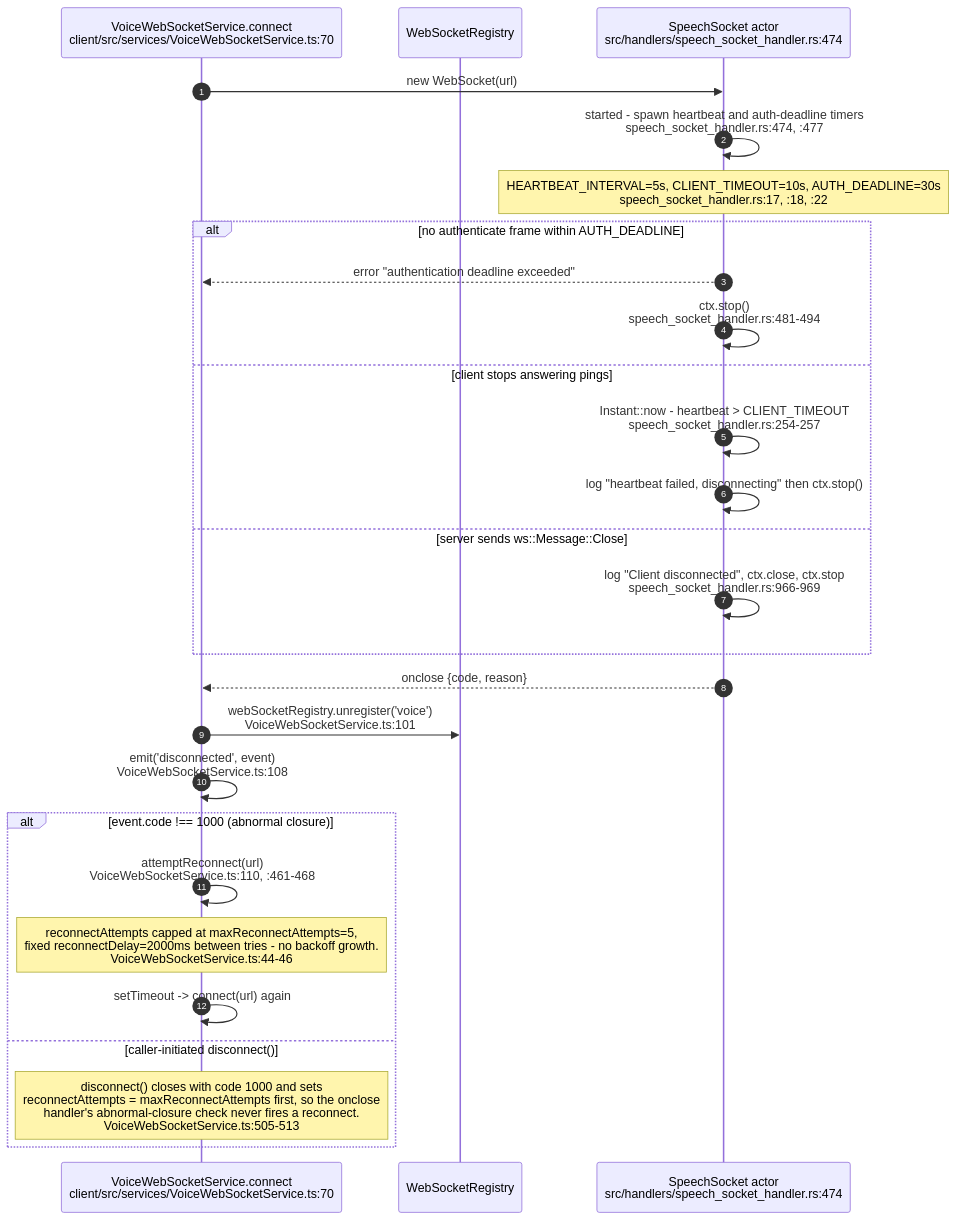
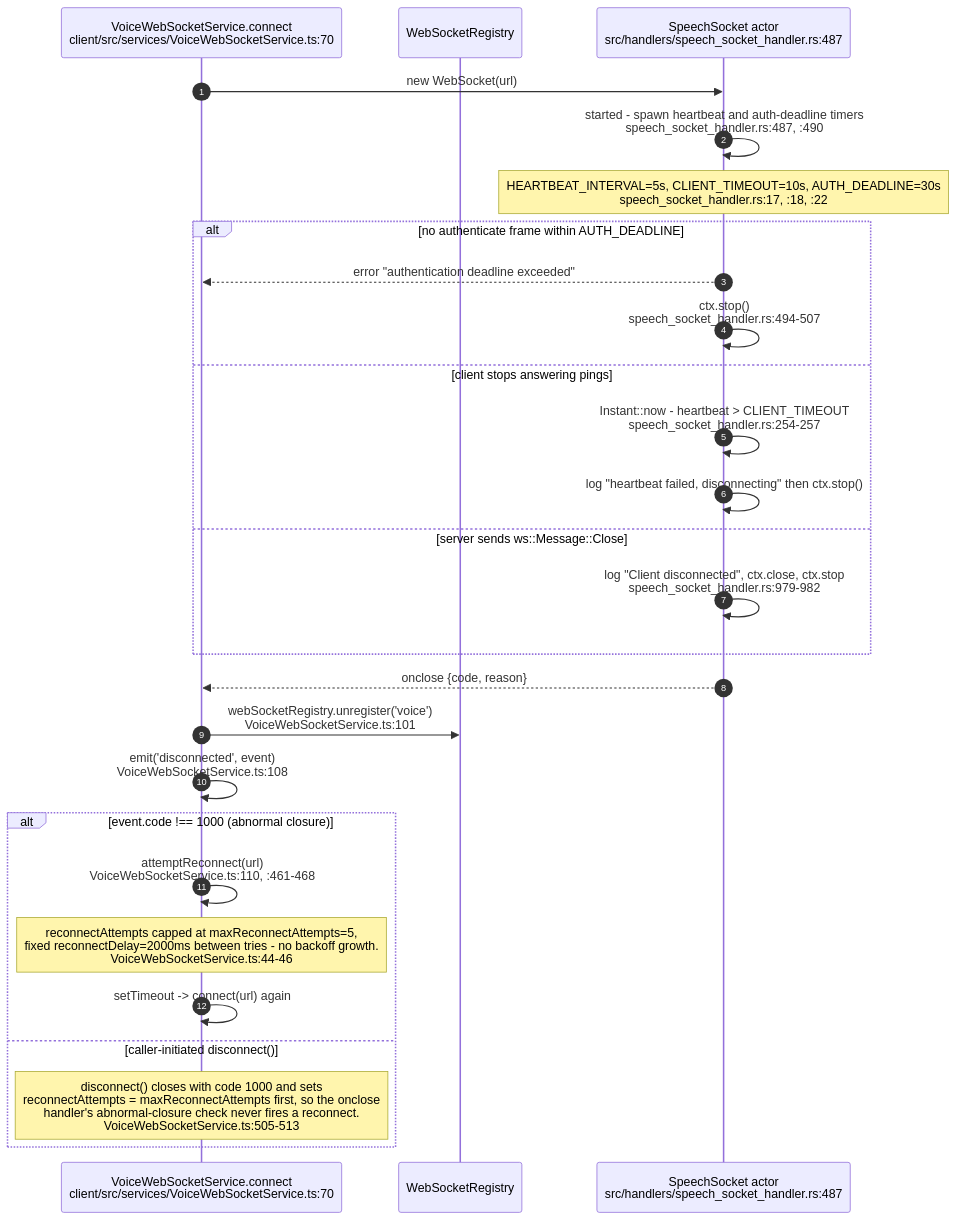
Diagram 12 of 12 in docs/diagrams/visionclaw/35-voice-end-to-end.md (DreamLab-AI/VisionFlow), drawn with Mermaid before and after one commit. The commit also changed other lines of this file and 160 other files, not shown here.

````diff
--- a/docs/diagrams/visionclaw/35-voice-end-to-end.md
+++ b/docs/diagrams/visionclaw/35-voice-end-to-end.md
@@ -538,30 +539,30 @@
 ```mermaid
 sequenceDiagram
     autonumber
     participant VW as VoiceWebSocketService.connect<br/>client/src/services/VoiceWebSocketService.ts:70
     participant REG as WebSocketRegistry
-    participant SS as SpeechSocket actor<br/>src/handlers/speech_socket_handler.rs:474
+    participant SS as SpeechSocket actor<br/>src/handlers/speech_socket_handler.rs:487
 
     VW->>SS: new WebSocket(url)
-    SS->>SS: started - spawn heartbeat and auth-deadline timers<br/>speech_socket_handler.rs:474, :477
+    SS->>SS: started - spawn heartbeat and auth-deadline timers<br/>speech_socket_handler.rs:487, :490
     Note over SS: HEARTBEAT_INTERVAL=5s, CLIENT_TIMEOUT=10s, AUTH_DEADLINE=30s<br/>speech_socket_handler.rs:17, :18, :22
     alt no authenticate frame within AUTH_DEADLINE
         SS-->>VW: error "authentication deadline exceeded"
-        SS->>SS: ctx.stop()<br/>speech_socket_handler.rs:481-494
+        SS->>SS: ctx.stop()<br/>speech_socket_handler.rs:494-507
     else client stops answering pings
         SS->>SS: Instant::now - heartbeat > CLIENT_TIMEOUT<br/>speech_socket_handler.rs:254-257
         SS->>SS: log "heartbeat failed, disconnecting" then ctx.stop()
     else server sends ws::Message::Close
-        SS->>SS: log "Client disconnected", ctx.close, ctx.stop<br/>speech_socket_handler.rs:966-969
+        SS->>SS: log "Client disconnected", ctx.close, ctx.stop<br/>speech_socket_handler.rs:979-982
     end
     SS-->>VW: onclose {code, reason}
     VW->>REG: webSocketRegistry.unregister('voice')<br/>VoiceWebSocketService.ts:101
     VW->>VW: emit('disconnected', event)<br/>VoiceWebSocketService.ts:108
     alt event.code !== 1000 (abnormal closure)
         VW->>VW: attemptReconnect(url)<br/>VoiceWebSocketService.ts:110, :461-468
         Note over VW: reconnectAttempts capped at maxReconnectAttempts=5,<br/>fixed reconnectDelay=2000ms between tries - no backoff growth.<br/>VoiceWebSocketService.ts:44-46
         VW->>VW: setTimeout -> connect(url) again
     else caller-initiated disconnect()
         Note over VW: disconnect() closes with code 1000 and sets<br/>reconnectAttempts = maxReconnectAttempts first, so the onclose<br/>handler's abnormal-closure check never fires a reconnect.<br/>VoiceWebSocketService.ts:505-513
     end
 ```
````
